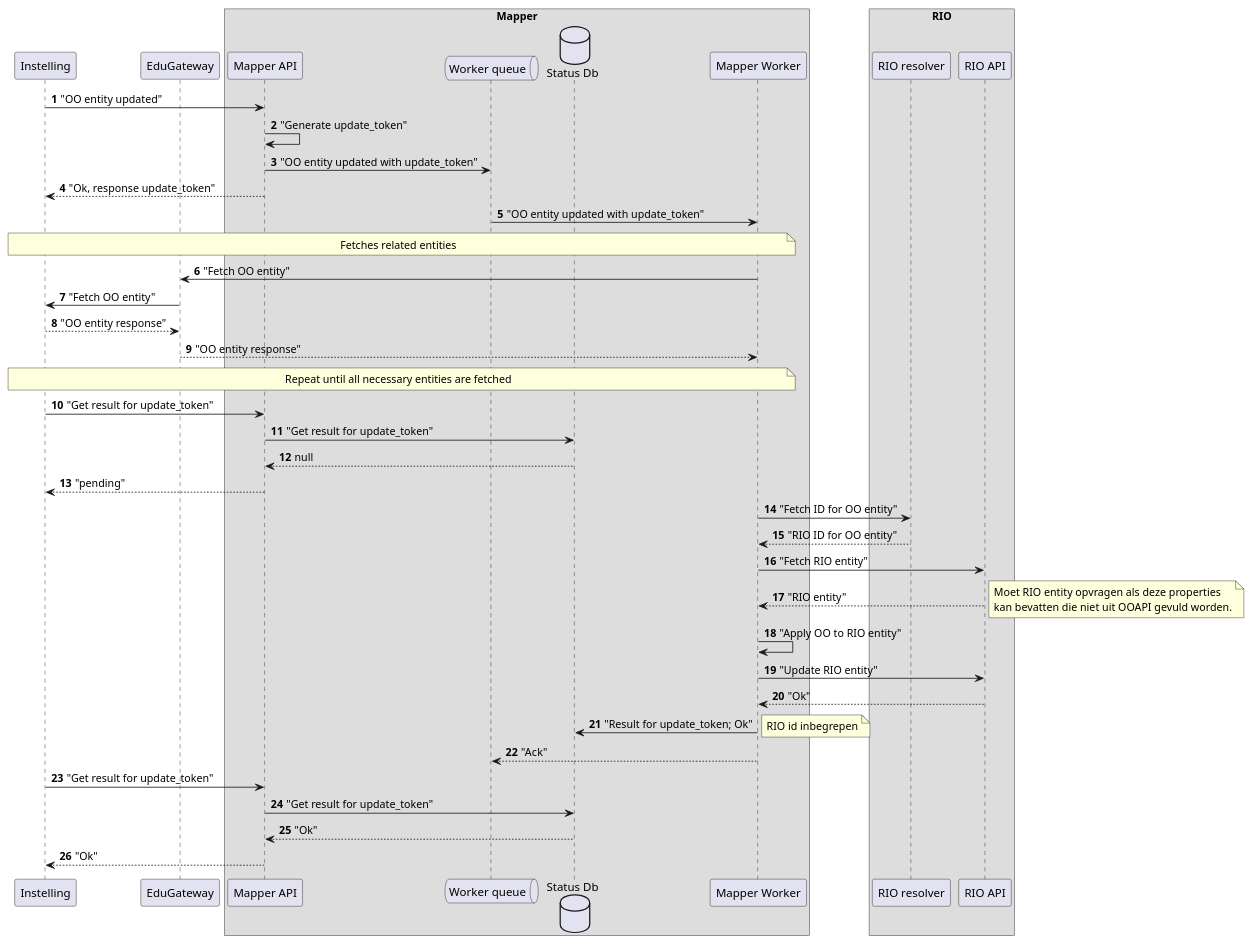
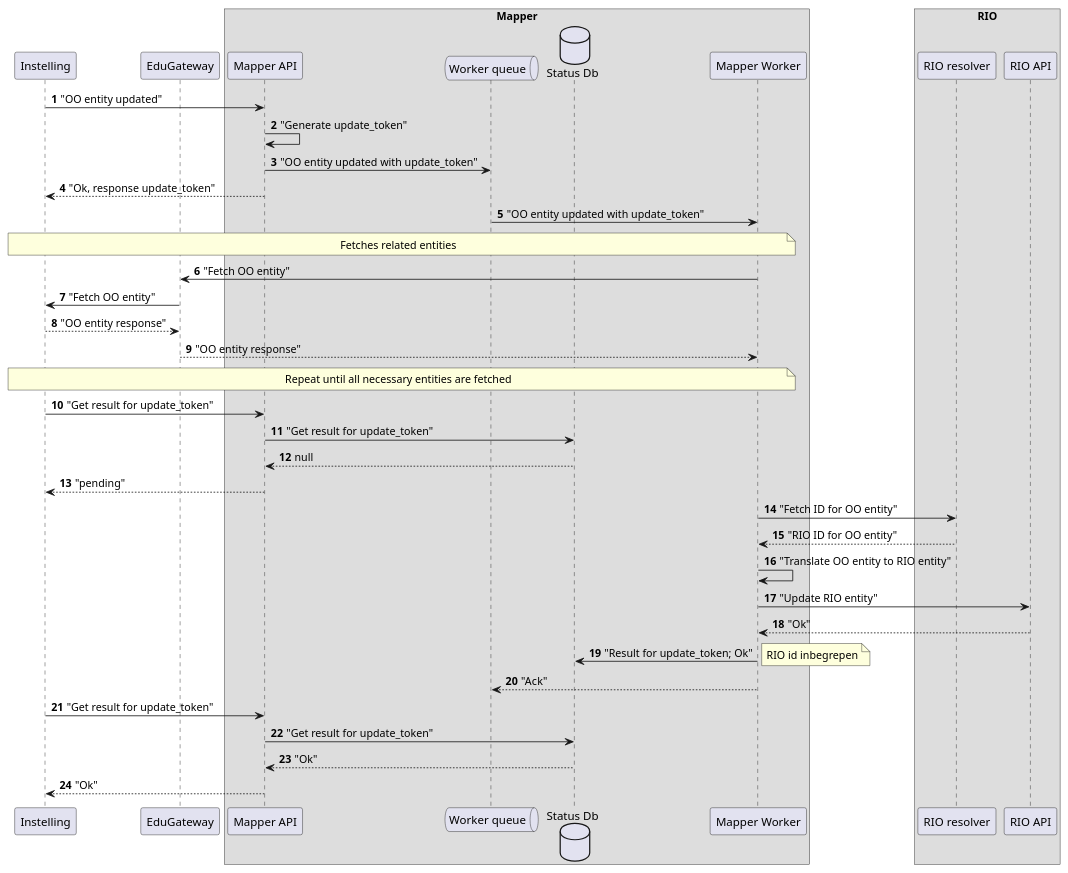
The second of 8 diagrams in doc/design/rio-mapper-ontwerp.org (jomco/eduhub-rio-mapper), drawn with PlantUML before and after one commit. The commit also changed other lines of this file and 2 other files, not shown here.

Commit message:
We don't fetch and update RIO entities in the normal flow

```diff
--- a/doc/design/rio-mapper-ontwerp.org
+++ b/doc/design/rio-mapper-ontwerp.org
@@ -465,65 +466,59 @@
    #+begin_src plantuml :file (fig-file "diagrams/seq-happy") :exports results
      @startuml
      participant institute as "Instelling"
      participant gateway as "EduGateway"
 
      box "Mapper"
        participant api as "Mapper API"
        queue queue as "Worker queue"
        database log as "Status Db"
        participant mapper as "Mapper Worker"
      end box
 
      box "RIO"
        participant resolver as "RIO resolver"
        participant duo as "RIO API"
      end box
 
      autonumber
 
      institute -> api : "OO entity updated"
      api -> api : "Generate update_token"
      api -> queue : "OO entity updated with update_token"
      api --> institute : "Ok, response update_token"
 
      queue -> mapper : "OO entity updated with update_token"
      note over institute, mapper
        Fetches related entities
      end note
      mapper -> gateway : "Fetch OO entity"
      gateway -> institute : "Fetch OO entity"
      institute --> gateway : "OO entity response"
      gateway --> mapper : "OO entity response"
      note over institute, mapper
        Repeat until all necessary entities are fetched
      end note
 
      institute -> api : "Get result for update_token"
      api -> log : "Get result for update_token"
      log --> api : null
      api --> institute : "pending"
 
      mapper -> resolver : "Fetch ID for OO entity"
      resolver --> mapper : "RIO ID for OO entity"
 
-     mapper -> duo : "Fetch RIO entity"
-     duo --> mapper : "RIO entity"
-     note right
-       Moet RIO entity opvragen als deze properties
-       kan bevatten die niet uit OOAPI gevuld worden.
-     end note
-     mapper -> mapper : "Apply OO to RIO entity"
+     mapper -> mapper : "Translate OO entity to RIO entity"
      mapper -> duo : "Update RIO entity"
      duo --> mapper : "Ok"
      mapper -> log : "Result for update_token; Ok"
      note right
        RIO id inbegrepen
      end note
      mapper --> queue : "Ack"
 
      institute -> api : "Get result for update_token"
      api -> log : "Get result for update_token"
      log --> api : "Ok"
      api --> institute : "Ok"
      @enduml
    #+end_src
```
